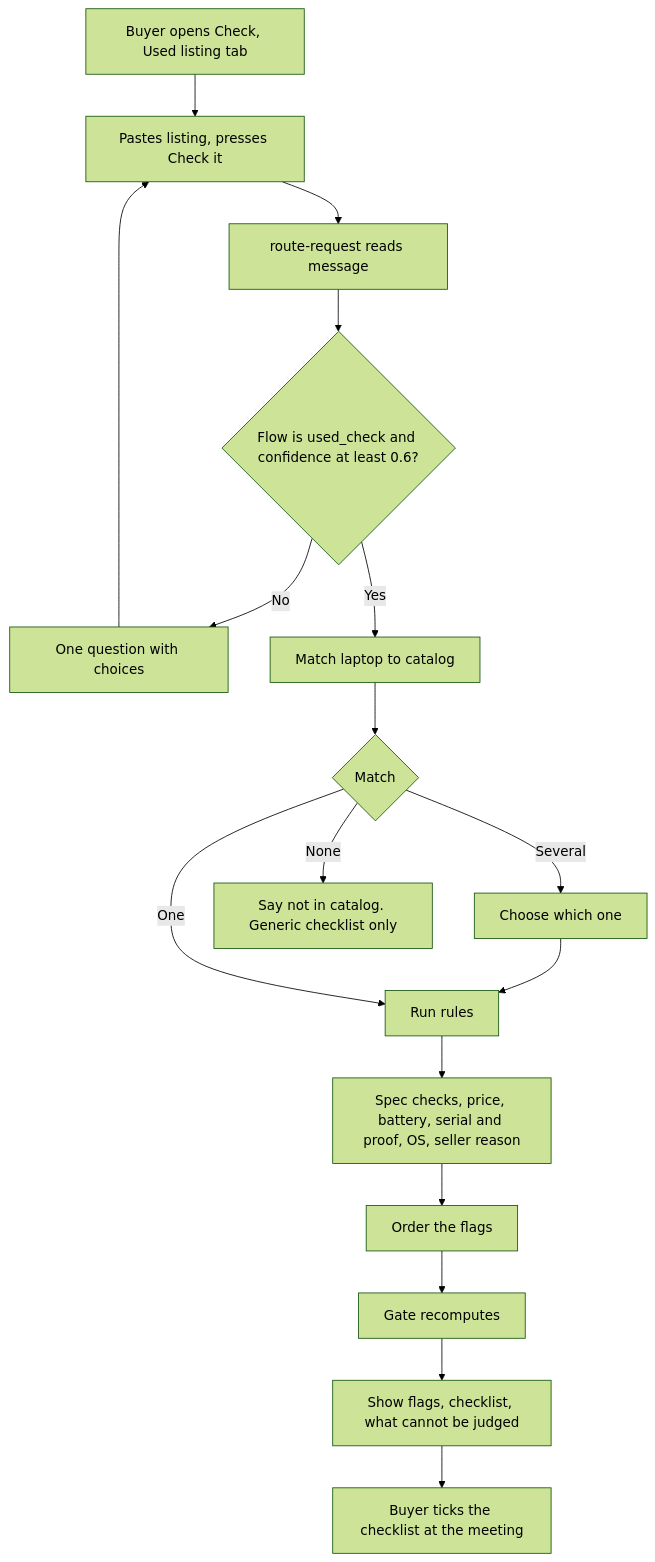
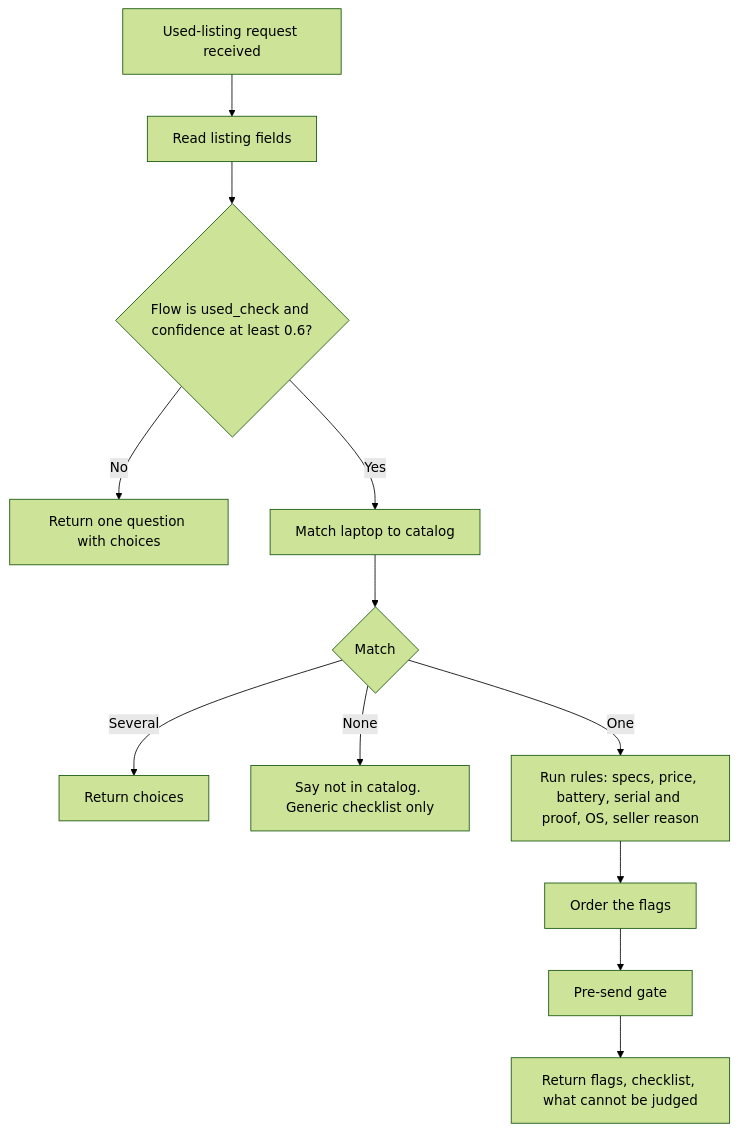
One commit to Atharvojha/AIforPMCapstoneProject_Team11 changed the first of 2 diagrams in lapfit-project/ai-spec/specs/F03_used_laptop_check.md. Above: the diagram before and after it, drawn with Mermaid (forest theme). The commit also changed other lines of this file and 46 other files, not shown here.

````diff
--- a/lapfit-project/ai-spec/specs/F03_used_laptop_check.md
+++ b/lapfit-project/ai-spec/specs/F03_used_laptop_check.md
@@ -58,19 +62,14 @@
 ```mermaid
 flowchart TD
-  A[Buyer opens Check, Used listing tab] --> B[Pastes listing, presses Check it]
-  B --> C[route-request reads message]
-  C --> D{Flow is used_check and confidence at least 0.6?}
-  D -->|No| E[One question with choices]
-  E --> B
-  D -->|Yes| F[Match laptop to catalog]
-  F --> G{Match}
-  G -->|Several| H[Choose which one]
-  H --> I
-  G -->|None| J[Say not in catalog. Generic checklist only]
-  G -->|One| I[Run rules]
-  I --> K[Spec checks, price, battery, serial and proof, OS, seller reason]
-  K --> L[Order the flags]
-  L --> M[Gate recomputes]
-  M --> N[Show flags, checklist, what cannot be judged]
-  N --> O[Buyer ticks the checklist at the meeting]
+  A[Used-listing request received] --> B[Read listing fields]
+  B --> C{Flow is used_check and confidence at least 0.6?}
+  C -->|No| D[Return one question with choices]
+  C -->|Yes| E[Match laptop to catalog]
+  E --> F{Match}
+  F -->|Several| G[Return choices]
+  F -->|None| H[Say not in catalog. Generic checklist only]
+  F -->|One| I[Run rules: specs, price, battery, serial and proof, OS, seller reason]
+  I --> J[Order the flags]
+  J --> K[Pre-send gate]
+  K --> L[Return flags, checklist, what cannot be judged]
 ```
````
